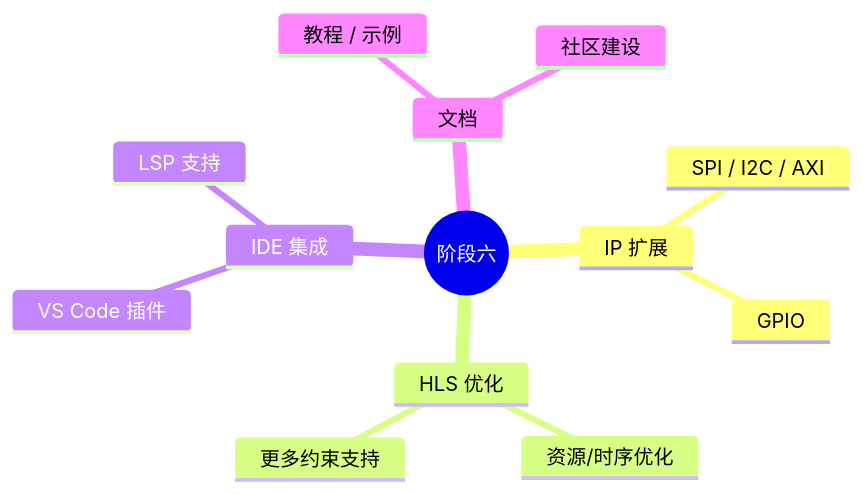
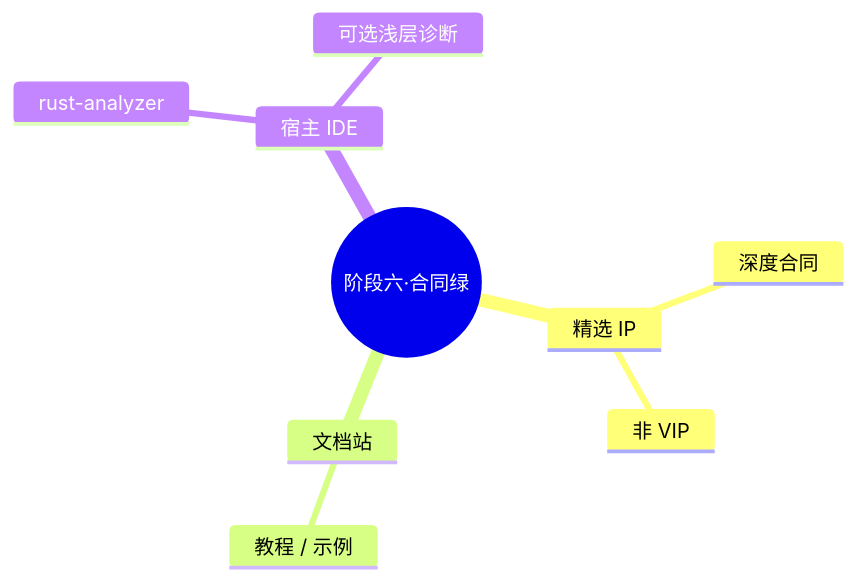
Before and after one commit to TangCan/bitloom: the eighth of 11 diagrams in docs/requirements/19. 实施路线图.md, drawn with Mermaid. The commit also changed other lines of this file and 9 other files, not shown here.

````diff
--- a/docs/requirements/19. 实施路线图.md
+++ b/docs/requirements/19. 实施路线图.md
@@ -265,16 +283,12 @@
 ```mermaid
 mindmap
-  root((阶段六))
-    IP 扩展
-      SPI / I2C / AXI
-      GPIO
-    HLS 优化
-      资源/时序优化
-      更多约束支持
-    IDE 集成
-      VS Code 插件
-      LSP 支持
-    文档
+  root((阶段六·合同绿))
+    精选 IP
+      深度合同
+      非 VIP
+    文档站
       教程 / 示例
-      社区建设
+    宿主 IDE
+      rust-analyzer
+      可选浅层诊断
 ```
````
